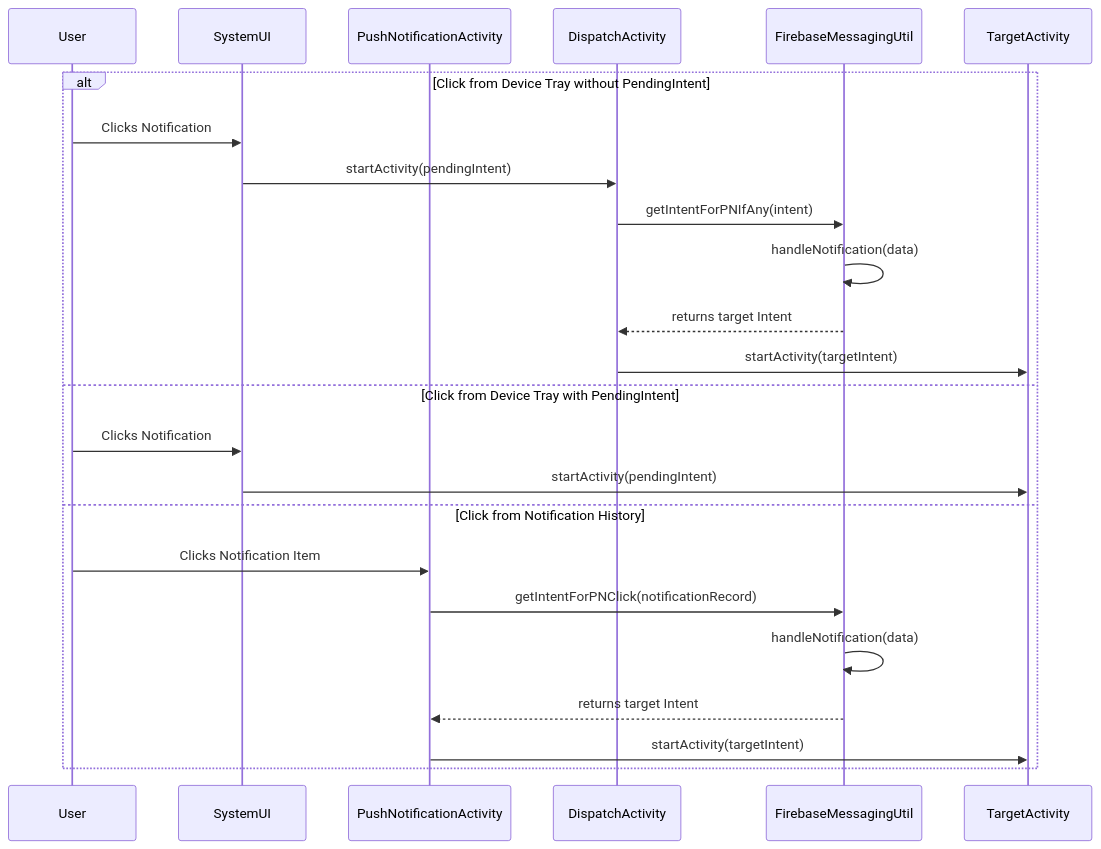
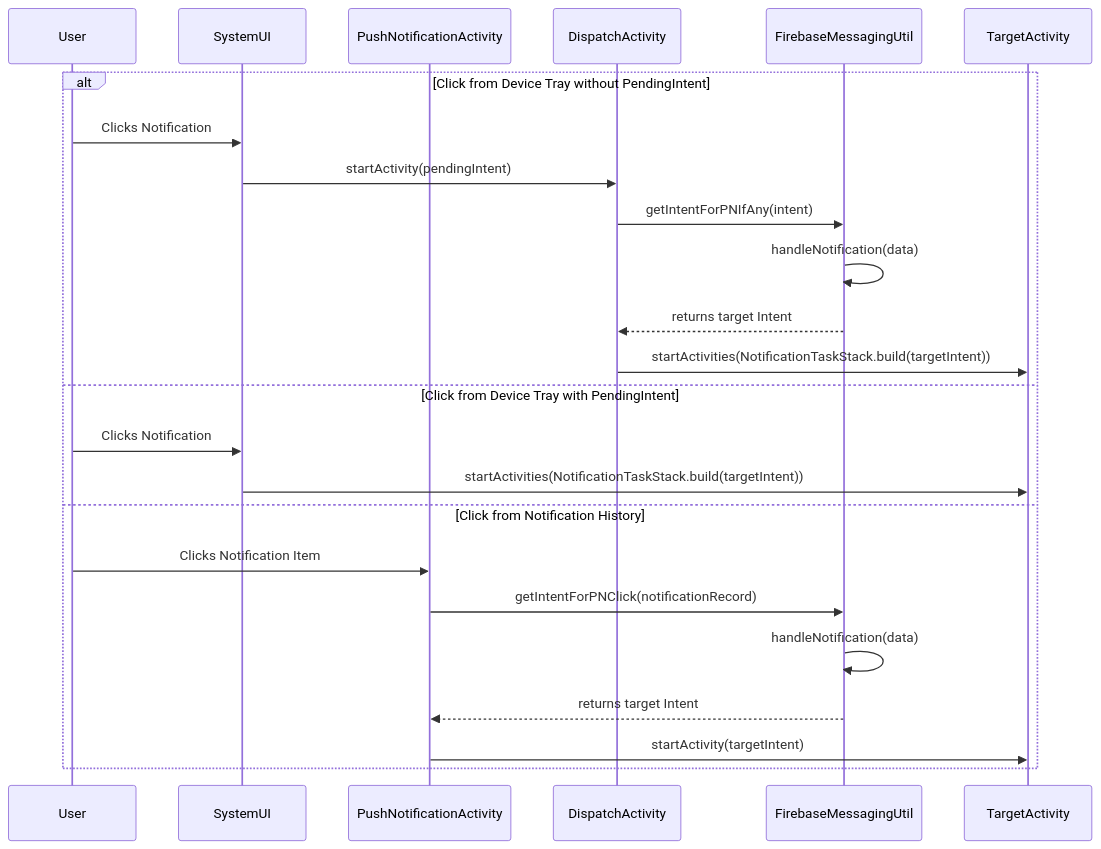
Before and after one commit to dimagi/commcare-android: the second of 2 diagrams in docs/notifications.md, drawn with Mermaid. The commit also changed other lines of this file and 1 other file, not shown here.

Commit message:
CCCT-2826 Notification Back Path
[AI] Documented the back path notifications and invite links now open with.

````diff
--- a/docs/notifications.md
+++ b/docs/notifications.md
@@ -78,27 +78,27 @@
 ```mermaid
 sequenceDiagram
     participant User
     participant SystemUI
     participant PushNotificationActivity
     participant DispatchActivity
     participant FirebaseMessagingUtil
     participant TargetActivity
 
     alt Click from Device Tray without PendingIntent
         User->>SystemUI: Clicks Notification
         SystemUI->>DispatchActivity: startActivity(pendingIntent)
         DispatchActivity->>FirebaseMessagingUtil: getIntentForPNIfAny(intent)
         FirebaseMessagingUtil->>FirebaseMessagingUtil: handleNotification(data)
         FirebaseMessagingUtil-->>DispatchActivity: returns target Intent
-        DispatchActivity->>TargetActivity: startActivity(targetIntent)
+        DispatchActivity->>TargetActivity: startActivities(NotificationTaskStack.build(targetIntent))
     else Click from Device Tray with PendingIntent
         User->>SystemUI: Clicks Notification
-        SystemUI->>TargetActivity: startActivity(pendingIntent)
+        SystemUI->>TargetActivity: startActivities(NotificationTaskStack.build(targetIntent))
     else Click from Notification History
         User->>PushNotificationActivity: Clicks Notification Item
         PushNotificationActivity->>FirebaseMessagingUtil: getIntentForPNClick(notificationRecord)
         FirebaseMessagingUtil->>FirebaseMessagingUtil: handleNotification(data)
         FirebaseMessagingUtil-->>PushNotificationActivity: returns target Intent
         PushNotificationActivity->>TargetActivity: startActivity(targetIntent)
     end
 ```
````
